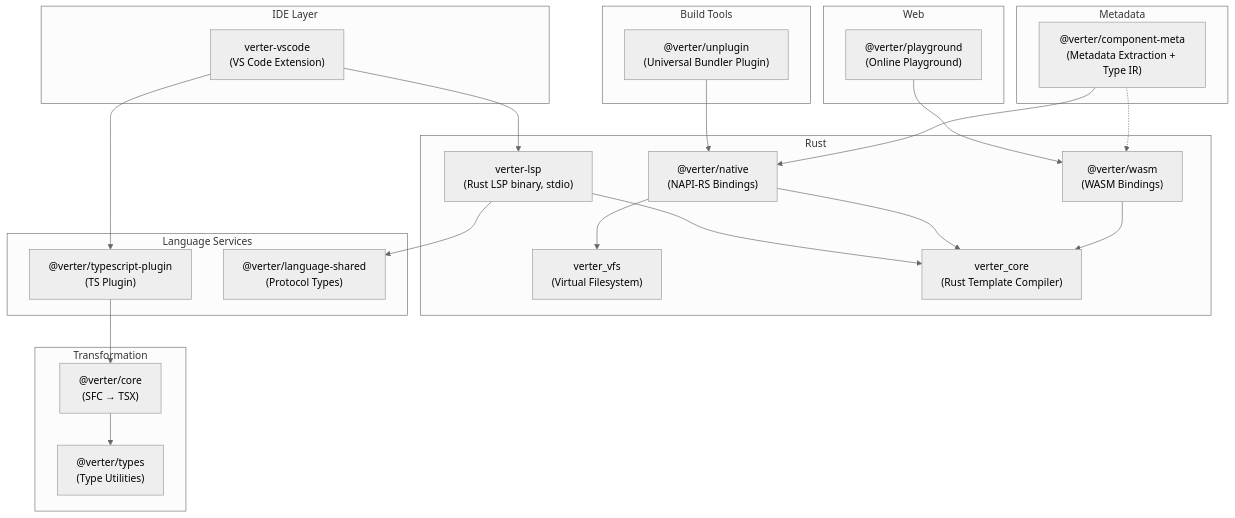
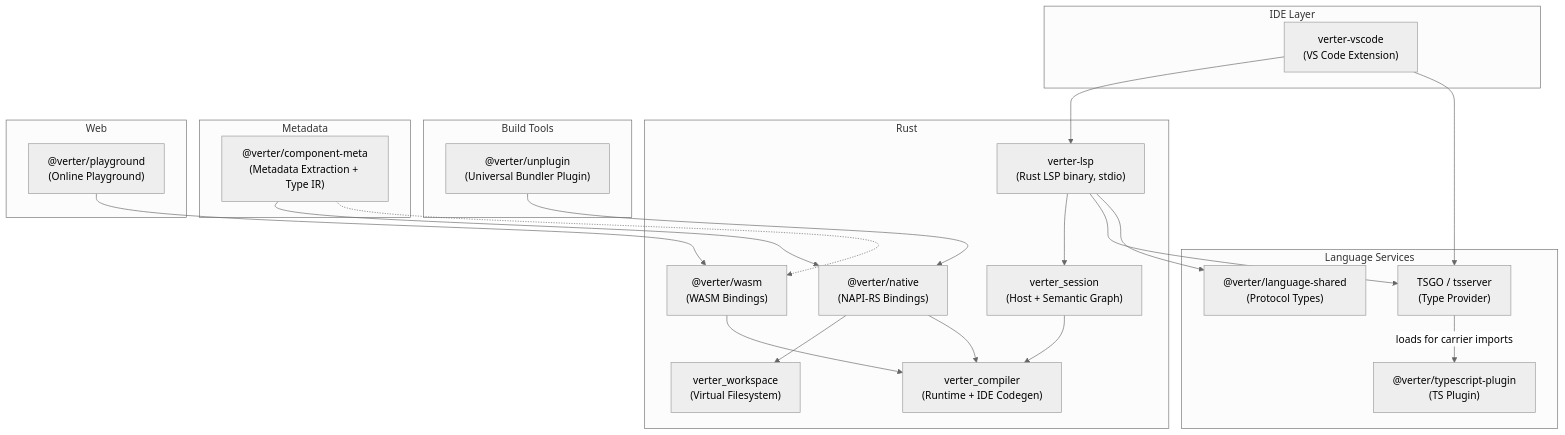
One commit to pikax/verter changed the first of 4 diagrams in docs/guide/architecture.md. Above: the diagram before and after it, drawn with Mermaid (neutral theme). The commit also changed other lines of this file and 69 other files, not shown here.

First line of the commit message:
docs(release): document supported architecture and limits

````diff
--- a/docs/guide/architecture.md
+++ b/docs/guide/architecture.md
@@ -11,43 +11,42 @@
 ```mermaid
 graph TB
     subgraph "IDE Layer"
         VSCode["verter-vscode<br/>(VS Code Extension)"]
     end
     subgraph "Rust"
         LSP["verter-lsp<br/>(Rust LSP binary, stdio)"]
         Native["@verter/native<br/>(NAPI-RS Bindings)"]
         WASM["@verter/wasm<br/>(WASM Bindings)"]
-        VFS["verter_vfs<br/>(Virtual Filesystem)"]
-        RustCore["verter_core<br/>(Rust Template Compiler)"]
+        VFS["verter_workspace<br/>(Virtual Filesystem)"]
+        Session["verter_session<br/>(Host + Semantic Graph)"]
+        RustCore["verter_compiler<br/>(Runtime + IDE Codegen)"]
     end
     subgraph "Language Services"
+        Provider["TSGO / tsserver<br/>(Type Provider)"]
         TSPlugin["@verter/typescript-plugin<br/>(TS Plugin)"]
         Shared["@verter/language-shared<br/>(Protocol Types)"]
-    end
-    subgraph "Transformation"
-        Core["@verter/core<br/>(SFC → TSX)"]
-        Types["@verter/types<br/>(Type Utilities)"]
     end
     subgraph "Build Tools"
         Unplugin["@verter/unplugin<br/>(Universal Bundler Plugin)"]
     end
     subgraph "Metadata"
         ComponentMeta["@verter/component-meta<br/>(Metadata Extraction + Type IR)"]
     end
     subgraph "Web"
         Playground["@verter/playground<br/>(Online Playground)"]
     end
     VSCode --> LSP
-    VSCode --> TSPlugin
-    LSP --> RustCore
+    VSCode --> Provider
+    LSP --> Session
+    Session --> RustCore
+    LSP --> Provider
     LSP --> Shared
-    TSPlugin --> Core
-    Core --> Types
+    Provider -->|loads for carrier imports| TSPlugin
     Native --> VFS
     Native --> RustCore
     WASM --> RustCore
     Unplugin --> Native
     Playground --> WASM
     ComponentMeta --> Native
     ComponentMeta -.-> WASM
 ```
````
